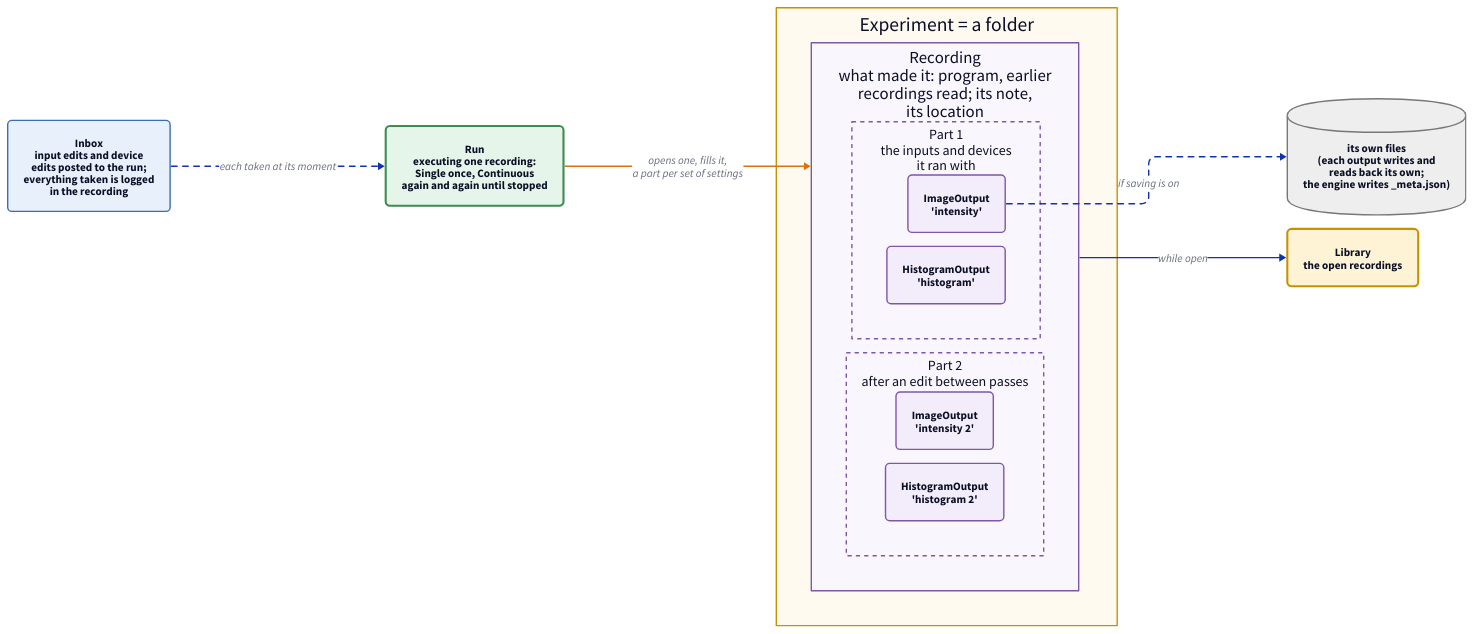
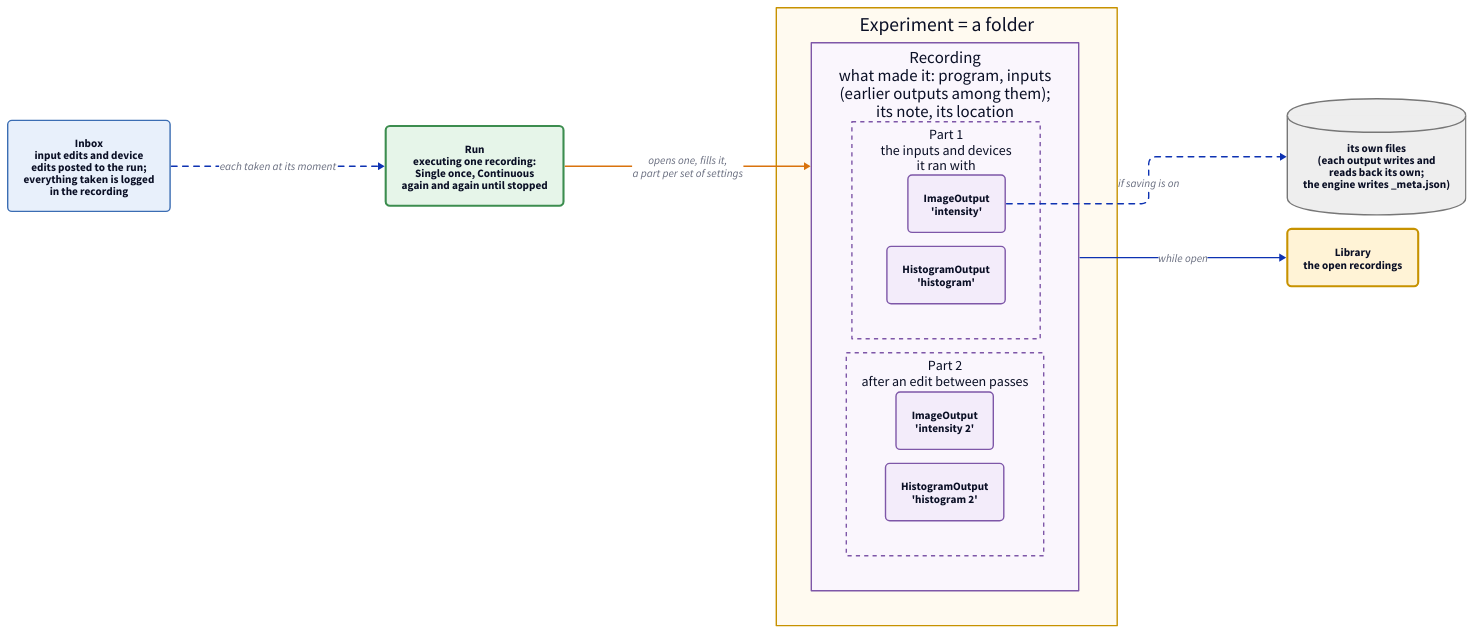
One commit to FishyIshyFishy/pyrpoc changed the diagram in docs/diagrams/nouns.d2. Above: the diagram before and after it, drawn with D2. The commit also changed 138 other files, not shown here.

```diff
--- a/docs/diagrams/nouns.d2
+++ b/docs/diagrams/nouns.d2
@@ -1,44 +1,44 @@
 # Board 2 of 2: the nouns. Left: one run. Middle: what is made of what. Right: where it lives.
 vars: {d2-config: {layout-engine: elk}}
 direction: right
 
 classes: {
   data: {style: {fill: "#f3ecfa"; stroke: "#7e57a8"; border-radius: 6}}
   part: {style: {fill: "#faf6fd"; stroke: "#7e57a8"; stroke-dash: 3}}
   run: {style: {fill: "#e6f5e9"; stroke: "#3c8d4f"; stroke-width: 3; border-radius: 6}}
   coll: {style: {fill: "#fff3d6"; stroke: "#c79200"; stroke-width: 3; border-radius: 6}}
   inbox: {style: {fill: "#e8f0fb"; stroke: "#3b6db3"; stroke-width: 2; border-radius: 6}}
   disk: {shape: cylinder; style: {fill: "#eeeeee"; stroke: "#777777"}}
 }
 
 run: "Run\nexecuting one recording:\nSingle once, Continuous\nagain and again until stopped" {class: run}
 
 folder: "Experiment = a folder" {
   style: {fill: "#fffaf0"; stroke: "#c79200"}
 
-  recording: "Recording\nwhat made it: program, earlier\nrecordings read; its note,\nits location" {
+  recording: "Recording\nwhat made it: program, inputs\n(earlier outputs among them);\nits note, its location" {
     style: {fill: "#faf6fd"; stroke: "#7e57a8"}
 
     part1: "Part 1\nthe inputs and devices\nit ran with" {
       class: part
       intensity: "ImageOutput\n'intensity'" {class: data}
       histogram: "HistogramOutput\n'histogram'" {class: data}
     }
     part2: "Part 2\nafter an edit between passes" {
       class: part
       intensity2: "ImageOutput\n'intensity 2'" {class: data}
       histogram2: "HistogramOutput\n'histogram 2'" {class: data}
     }
   }
 }
 
 run -> folder.recording: "opens one, fills it,\na part per set of settings" {style.stroke: "#d9730d"}
 
 library: "Library\nthe open recordings" {class: coll}
 files: "its own files\n(each output writes and\nreads back its own;\nthe engine writes _meta.json)" {class: disk}
 
 folder.recording -> library: "while open"
 folder.recording.part1.intensity -> files: "if saving is on" {style.stroke-dash: 4}
 
 inbox: "Inbox\ninput edits and device\nedits posted to the run;\neverything taken is logged\nin the recording" {class: inbox}
 inbox -> run: "each taken at its moment" {style.stroke-dash: 4}
```
